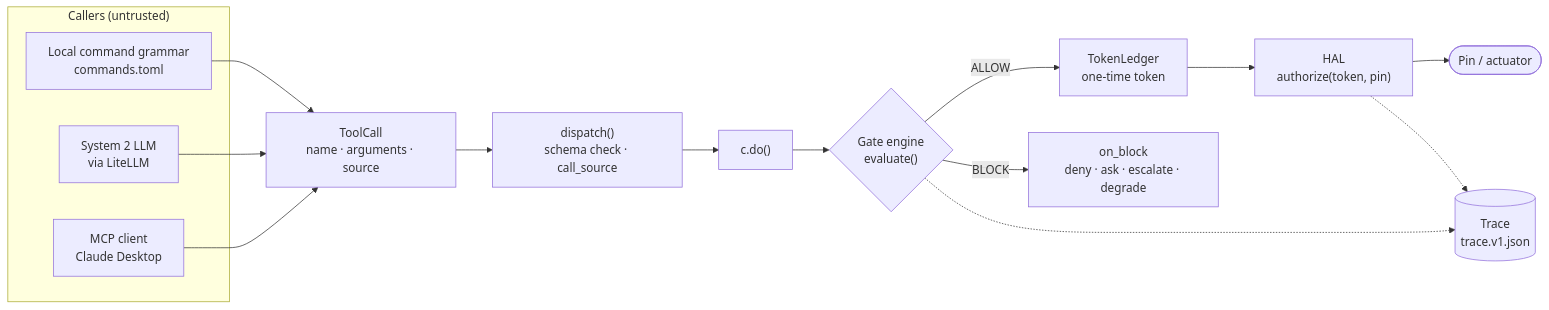
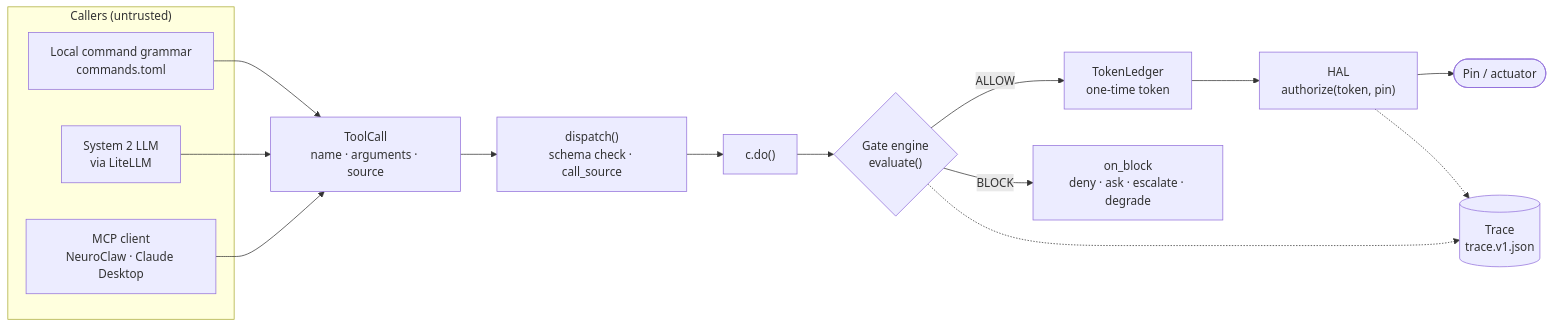
One commit to letrongminh/neuroedge-init changed the first of 2 diagrams in docs/architecture/vi/00-overview.md. Above: the diagram before and after it, drawn with Mermaid. The commit also changed other lines of this file and 8 other files, not shown here.

Commit message:
Docs for newcomers: bat-dau.md, README opens with the brain-box-device picture, NeuroClaw in the overview and the user guide

````diff
--- a/docs/architecture/vi/00-overview.md
+++ b/docs/architecture/vi/00-overview.md
@@ -69,26 +78,26 @@
 ```mermaid
 flowchart LR
     subgraph Sources["Callers (untrusted)"]
         G["Local command grammar<br/>commands.toml"]
         S2["System 2 LLM<br/>via LiteLLM"]
-        MCP["MCP client<br/>Claude Desktop"]
+        MCP["MCP client<br/>NeuroClaw · Claude Desktop"]
     end
     TC["ToolCall<br/>name · arguments · source"]
     D["dispatch()<br/>schema check · call_source"]
     DO["c.do()"]
     GATE{"Gate engine<br/>evaluate()"}
     TOK["TokenLedger<br/>one-time token"]
     HAL["HAL<br/>authorize(token, pin)"]
     PIN(["Pin / actuator"])
     OB["on_block<br/>deny · ask · escalate · degrade"]
     TR[("Trace<br/>trace.v1.json")]
 
     G --> TC
     S2 --> TC
     MCP --> TC
     TC --> D --> DO --> GATE
     GATE -- ALLOW --> TOK --> HAL --> PIN
     GATE -- BLOCK --> OB
     GATE -.-> TR
     HAL -.-> TR
 ```
````
